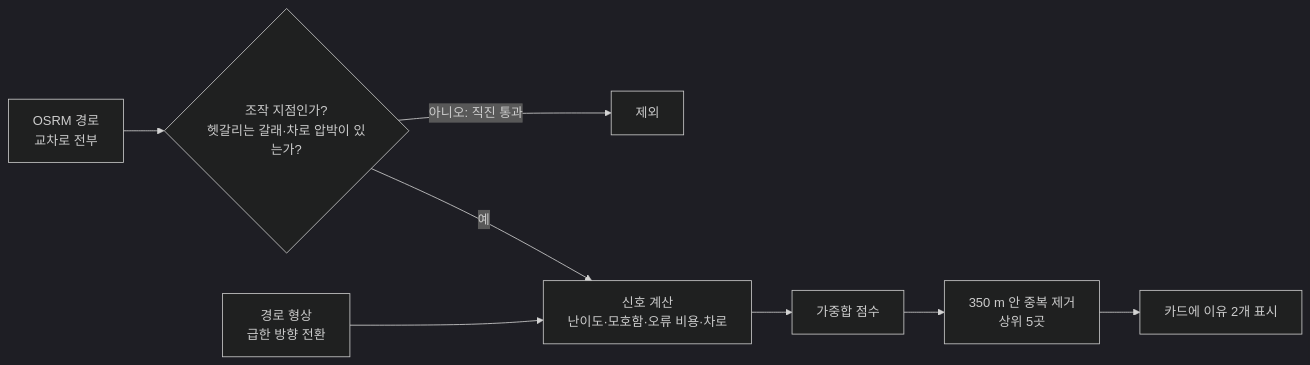
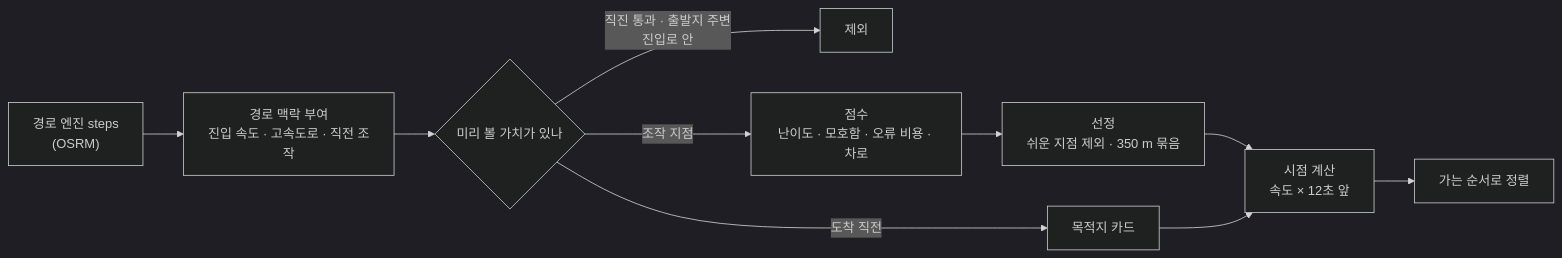
Before and after one commit to JoisFe/deja-vroom: the diagram in docs/algorithm.md, drawn with Mermaid (dark theme). The commit also changed other lines of this file and 31 other files, not shown here.

````diff
--- a/docs/algorithm.md
+++ b/docs/algorithm.md
@@ -7,10 +15,12 @@
 ```mermaid
 flowchart LR
-    A["OSRM 경로<br/>교차로 전부"] --> B{"조작 지점인가?<br/>헷갈리는 갈래·차로 압박이 있는가?"}
-    B -->|아니오: 직진 통과| X[제외]
-    B -->|예| C["신호 계산<br/>난이도·모호함·오류 비용·차로"]
-    G["경로 형상<br/>급한 방향 전환"] --> C
-    C --> D["가중합 점수"]
-    D --> E["350 m 안 중복 제거<br/>상위 5곳"]
-    E --> F["카드에 이유 2개 표시"]
+    A["경로 엔진 steps<br/>(OSRM)"] --> B["경로 맥락 부여<br/>진입 속도 · 고속도로 · 직전 조작"]
+    B --> C{"미리 볼 가치가 있나"}
+    C -->|"직진 통과 · 출발지 주변<br/>진입로 안"| X[제외]
+    C -->|조작 지점| D["점수<br/>난이도 · 모호함 · 오류 비용 · 차로"]
+    C -->|도착 직전| T["목적지 카드"]
+    D --> E["선정<br/>쉬운 지점 제외 · 350 m 묶음"]
+    E --> F["시점 계산<br/>속도 × 12초 앞"]
+    T --> F
+    F --> G["가는 순서로 정렬"]
 ```
````
